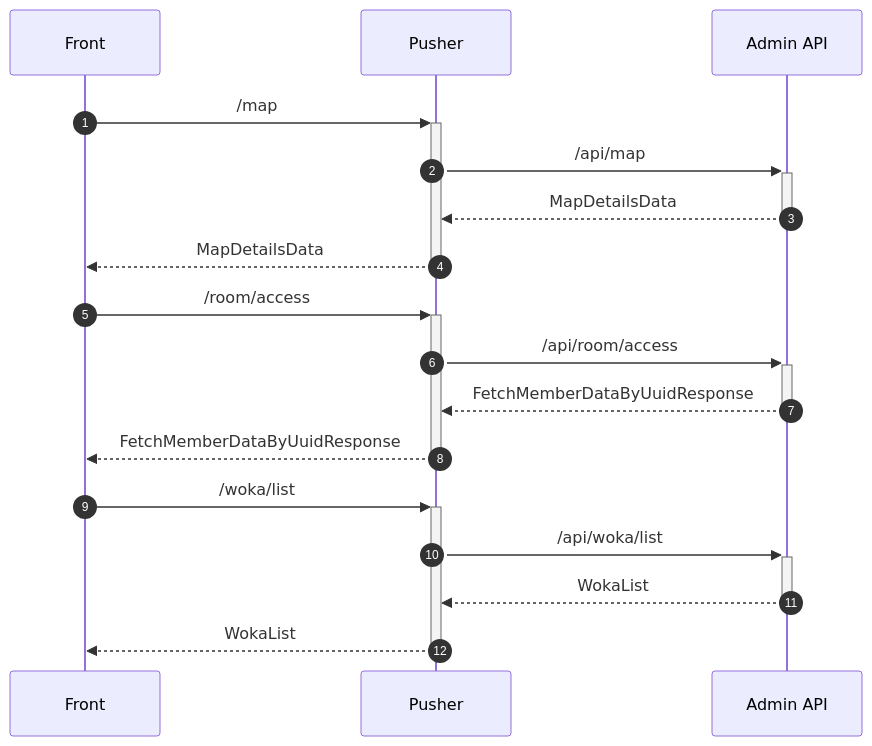
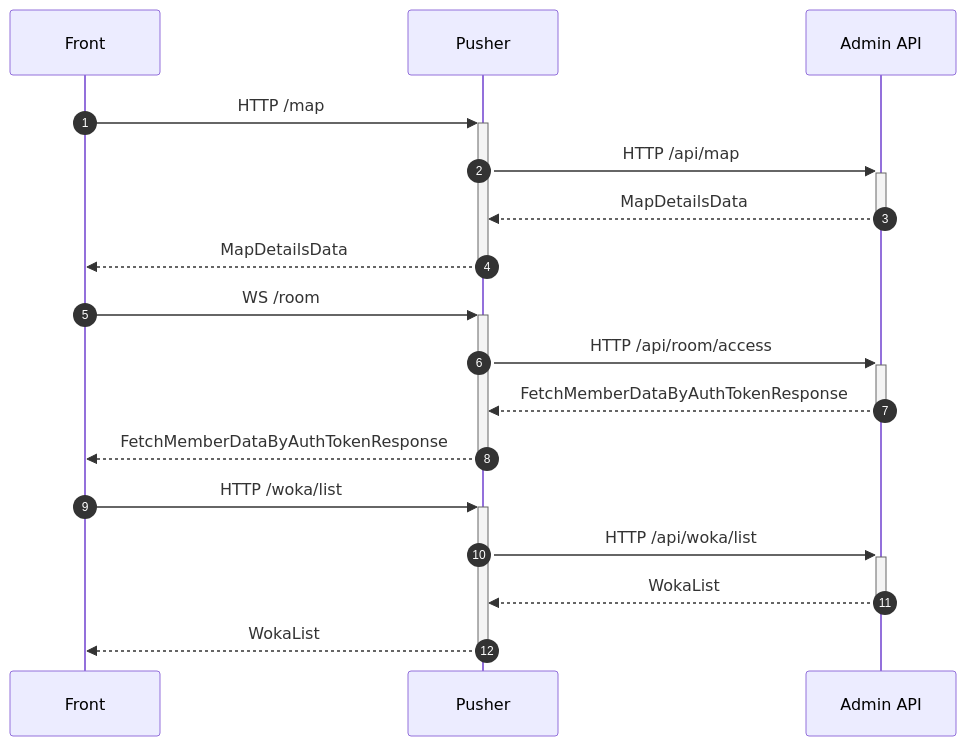
One commit to workadventure/workadventure changed the second of 2 diagrams in docs/dev/adminAPI.md. Above: the diagram before and after it, drawn with Mermaid. The commit also changed other lines of this file, not shown here.

Commit message:
Fix doc request process

````diff
--- a/docs/dev/adminAPI.md
+++ b/docs/dev/adminAPI.md
@@ -43,19 +43,19 @@
 ```mermaid
 sequenceDiagram
     participant F as Front
     participant P as Pusher
     participant API as Admin API
     autonumber
-    F ->>+ P: /map
-    P ->>+ API: /api/map
+    F ->>+ P: HTTP /map
+    P ->>+ API: HTTP /api/map
     API -->>- P: MapDetailsData
     P -->>- F: MapDetailsData
-    F ->>+ P: /room/access
-    P ->>+ API: /api/room/access
-    API -->>- P: FetchMemberDataByUuidResponse
-    P -->>- F: FetchMemberDataByUuidResponse
-    F ->>+ P: /woka/list
-    P ->>+ API: /api/woka/list
+    F ->>+ P: WS /room
+    P ->>+ API: HTTP /api/room/access
+    API -->>- P: FetchMemberDataByAuthTokenResponse
+    P -->>- F: FetchMemberDataByAuthTokenResponse
+    F ->>+ P: HTTP /woka/list
+    P ->>+ API: HTTP /api/woka/list
     API -->>- P: WokaList
     P -->>- F: WokaList
 ```
````
